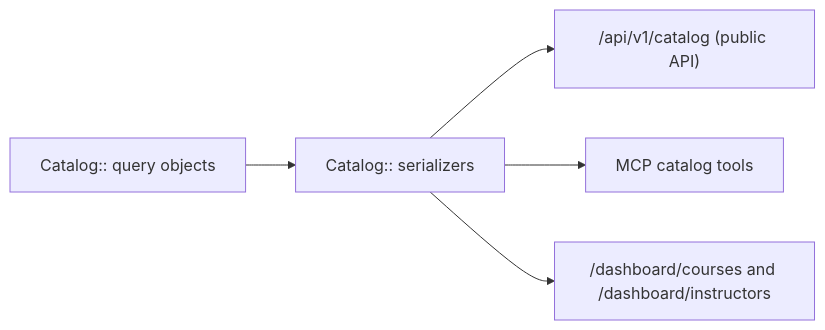
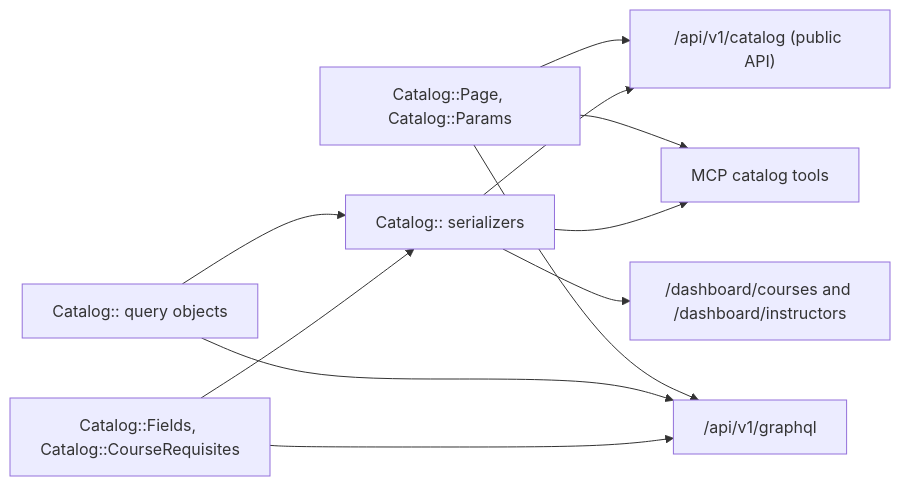
The second of 3 diagrams in docs/architecture.md (WITCodingClub/calendar-backend), drawn with Mermaid before and after one commit. The commit also changed other lines of this file and 148 other files, not shown here.

First line of the commit message:
refactor: share one catalog list layer, course code and prerequisite tree (#1034)

````diff
--- a/docs/architecture.md
+++ b/docs/architecture.md
@@ -78,7 +80,13 @@
 ```mermaid
 flowchart LR
+  P["Catalog::Page, Catalog::Params"] --> API
+  P --> MCP
+  P --> G["/api/v1/graphql"]
   Q["Catalog:: query objects"] --> S["Catalog:: serializers"]
+  Q --> G
+  F["Catalog::Fields, Catalog::CourseRequisites"] --> S
+  F --> G
   S --> API["/api/v1/catalog (public API)"]
   S --> MCP["MCP catalog tools"]
   S --> D["/dashboard/courses and /dashboard/instructors"]
 ```
````
